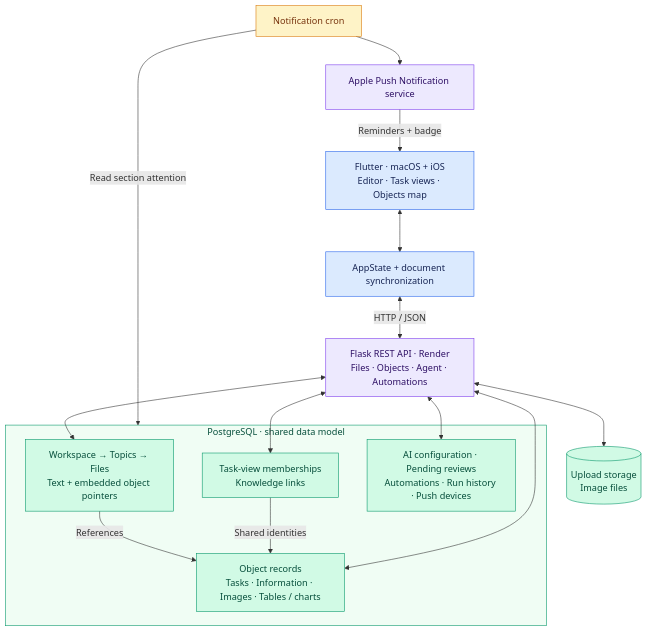
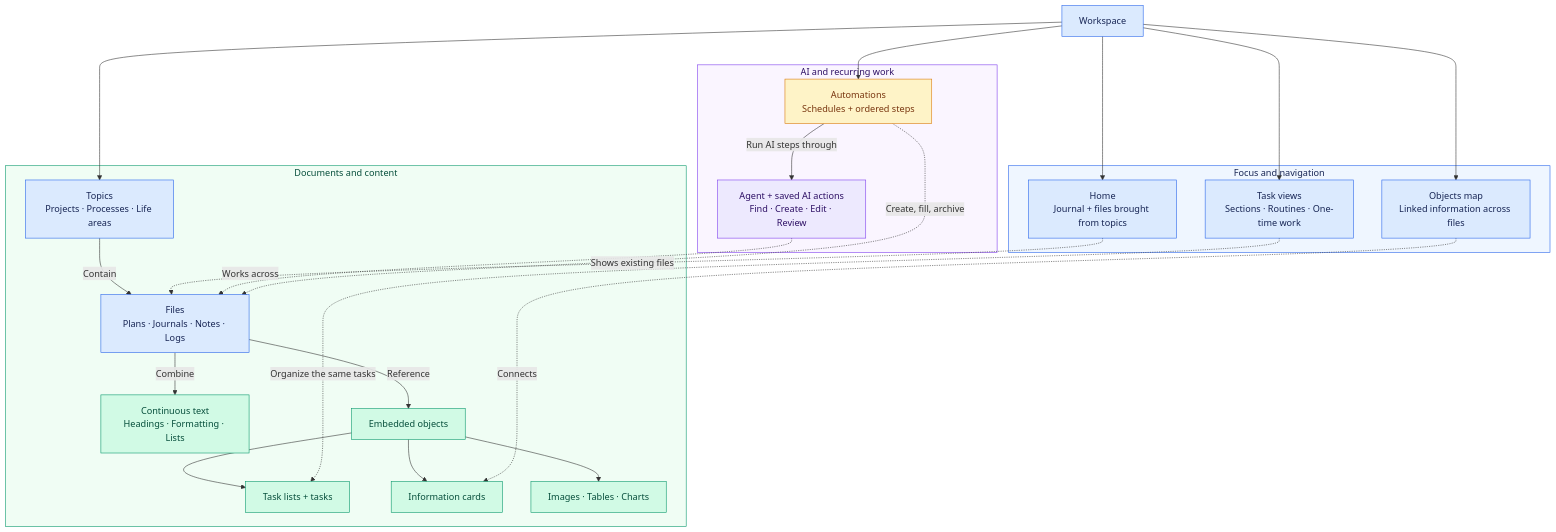
Before and after one commit to tsoofLahav/system_app_v3: the first of 2 diagrams in README.md, drawn with Mermaid. The commit also changed other lines of this file, not shown here.

Commit message:
Clarify system structure in README architecture diagram

````diff
--- a/README.md
+++ b/README.md
@@ -76,36 +76,55 @@
 ```mermaid
 flowchart TB
-    Client["Flutter · macOS + iOS<br/>Editor · Task views · Objects map"]
-    Sync["AppState + document synchronization"]
-    API["Flask REST API · Render<br/>Files · Objects · Agent · Automations"]
-    Client <--> Sync
-    Sync <-->|HTTP / JSON| API
+    Workspace["Workspace"]
 
-    subgraph Storage["PostgreSQL · shared data model"]
-        Topics["Workspace → Topics → Files<br/>Text + embedded object pointers"]
-        Objects["Object records<br/>Tasks · Information · Images · Tables / charts"]
-        Links["Task-view memberships<br/>Knowledge links"]
-        Runtime["AI configuration · Pending reviews<br/>Automations · Run history · Push devices"]
-        Topics -->|References| Objects
-        Links -->|Shared identities| Objects
+    subgraph Content["Documents and content"]
+        Topics["Topics<br/>Projects · Processes · Life areas"]
+        Files["Files<br/>Plans · Journals · Notes · Logs"]
+        Text["Continuous text<br/>Headings · Formatting · Lists"]
+        Embeds["Embedded objects"]
+        Tasks["Task lists + tasks"]
+        Info["Information cards"]
+        Media["Images · Tables · Charts"]
+        Topics -->|Contain| Files
+        Files -->|Combine| Text
+        Files -->|Reference| Embeds
+        Embeds --> Tasks
+        Embeds --> Info
+        Embeds --> Media
     end
 
-    API <--> Topics
-    API <--> Objects
-    API <--> Links
-    API <--> Runtime
-    API <--> Assets[("Upload storage<br/>Image files")]
-    Push["Notification cron"] -->|Read section attention| Storage
-    Push --> APNs["Apple Push Notification service"]
-    APNs -->|Reminders + badge| Client
+    subgraph Views["Focus and navigation"]
+        Home["Home<br/>Journal + files brought from topics"]
+        TaskViews["Task views<br/>Sections · Routines · One-time work"]
+        Map["Objects map<br/>Linked information across files"]
+    end
 
-    classDef client fill:#DBEAFE,stroke:#2563EB,color:#172554
-    classDef logic fill:#EDE9FE,stroke:#7C3AED,color:#2E1065
-    classDef data fill:#D1FAE5,stroke:#059669,color:#064E3B
+    subgraph Intelligence["AI and recurring work"]
+        Agent["Agent + saved AI actions<br/>Find · Create · Edit · Review"]
+        Automations["Automations<br/>Schedules + ordered steps"]
+        Automations -->|Run AI steps through| Agent
+    end
+
+    Workspace --> Topics
+    Workspace --> Home
+    Workspace --> TaskViews
+    Workspace --> Map
+    Workspace --> Automations
+    Home -.->|Shows existing files| Files
+    TaskViews -.->|Organize the same tasks| Tasks
+    Map -.->|Connects| Info
+    Agent -.->|Works across| Files
+    Automations -.->|Create, fill, archive| Files
+
+    classDef structure fill:#DBEAFE,stroke:#2563EB,color:#172554
+    classDef content fill:#D1FAE5,stroke:#059669,color:#064E3B
+    classDef ai fill:#EDE9FE,stroke:#7C3AED,color:#2E1065
     classDef workflow fill:#FEF3C7,stroke:#D97706,color:#78350F
-    class Client,Sync client
-    class API,APNs logic
-    class Topics,Objects,Links,Runtime,Assets data
-    class Push workflow
-    style Storage fill:#F0FDF4,stroke:#059669,color:#064E3B
+    class Workspace,Topics,Files,Home,TaskViews,Map structure
+    class Text,Embeds,Tasks,Info,Media content
+    class Agent ai
+    class Automations workflow
+    style Content fill:#F0FDF4,stroke:#059669,color:#064E3B
+    style Views fill:#EFF6FF,stroke:#2563EB,color:#172554
+    style Intelligence fill:#FAF5FF,stroke:#7C3AED,color:#2E1065
 ```
````
